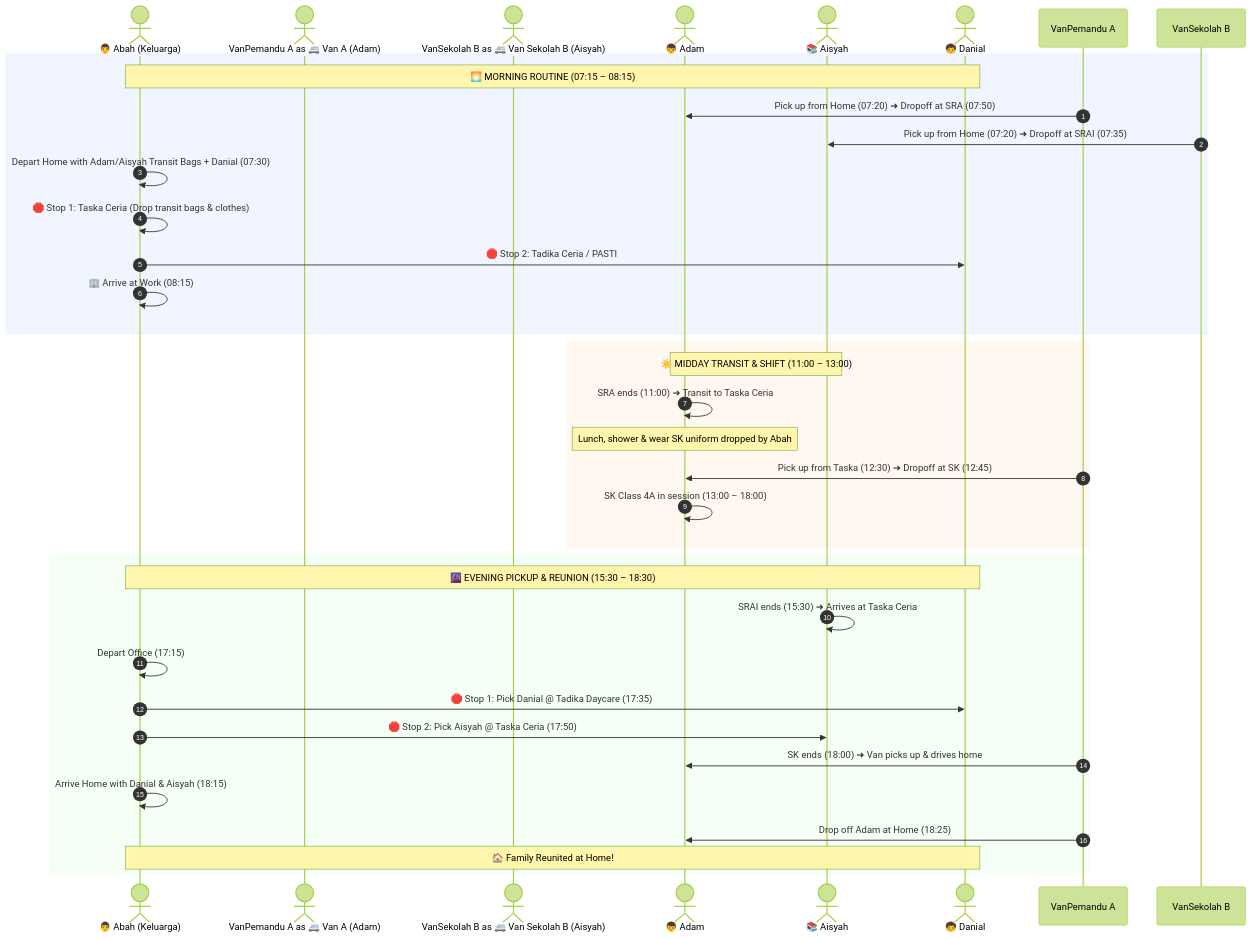
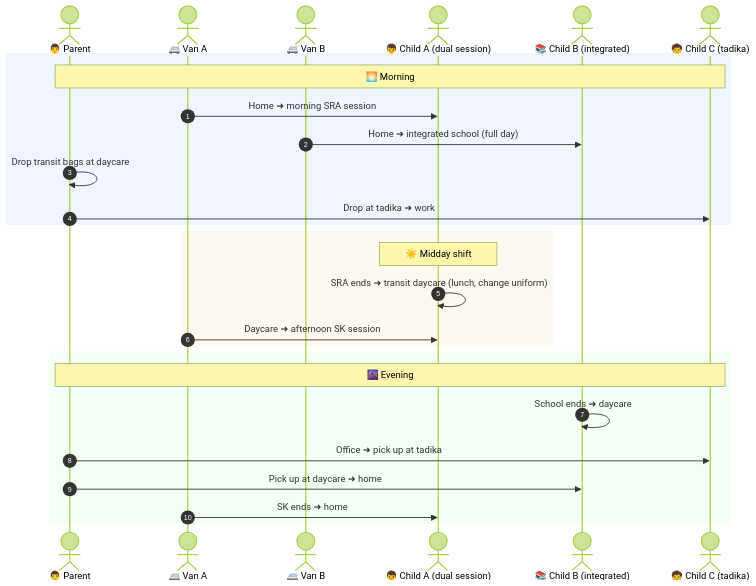
The second of 3 diagrams in MASTER_DOCUMENTATION.md (manaphassan/Slotify), drawn with Mermaid (forest theme) before and after one commit. The commit also changed other lines of this file and 60 other files, not shown here.

````diff
--- a/MASTER_DOCUMENTATION.md
+++ b/MASTER_DOCUMENTATION.md
@@ -108,40 +121,32 @@
 ```mermaid
 sequenceDiagram
     autonumber
-    actor Abah as 👨 Abah (Keluarga)
-    actor VanPemandu A as 🚐 Van A (Adam)
-    actor VanSekolah B as 🚐 Van Sekolah B (Aisyah)
-    actor Adam as 👦 Adam
-    actor Aisyah as 📚 Aisyah
-    actor Danial as 🧒 Danial
+    actor Parent as 👨 Parent
+    actor VanA as 🚐 Van A
+    actor VanB as 🚐 Van B
+    actor ChildA as 👦 Child A (dual session)
+    actor ChildB as 📚 Child B (integrated)
+    actor ChildC as 🧒 Child C (tadika)
 
     rect rgb(240, 245, 255)
-    Note over Abah,Danial: 🌅 MORNING ROUTINE (07:15 – 08:15)
-    VanPemandu A->>Adam: Pick up from Home (07:20) ➜ Dropoff at SRA (07:50)
-    VanSekolah B->>Aisyah: Pick up from Home (07:20) ➜ Dropoff at SRAI (07:35)
-    Abah->>Abah: Depart Home with Adam/Aisyah Transit Bags + Danial (07:30)
-    Abah->>Abah: 🛑 Stop 1: Taska Ceria (Drop transit bags & clothes)
-    Abah->>Danial: 🛑 Stop 2: Tadika Ceria / PASTI
-    Abah->>Abah: 🏢 Arrive at Work (08:15)
+    Note over Parent,ChildC: 🌅 Morning
+    VanA->>ChildA: Home ➜ morning SRA session
+    VanB->>ChildB: Home ➜ integrated school (full day)
+    Parent->>Parent: Drop transit bags at daycare
+    Parent->>ChildC: Drop at tadika ➜ work
     end
 
     rect rgb(255, 248, 240)
-    Note over Adam,Aisyah: ☀️ MIDDAY TRANSIT & SHIFT (11:00 – 13:00)
-    Adam->>Adam: SRA ends (11:00) ➜ Transit to Taska Ceria
-    Note over Adam: Lunch, shower & wear SK uniform dropped by Abah
-    VanPemandu A->>Adam: Pick up from Taska (12:30) ➜ Dropoff at SK (12:45)
-    Adam->>Adam: SK Class 4A in session (13:00 – 18:00)
+    Note over ChildA: ☀️ Midday shift
+    ChildA->>ChildA: SRA ends ➜ transit daycare (lunch, change uniform)
+    VanA->>ChildA: Daycare ➜ afternoon SK session
     end
 
     rect rgb(245, 255, 245)
-    Note over Abah,Danial: 🌆 EVENING PICKUP & REUNION (15:30 – 18:30)
-    Aisyah->>Aisyah: SRAI ends (15:30) ➜ Arrives at Taska Ceria
-    Abah->>Abah: Depart Office (17:15)
-    Abah->>Danial: 🛑 Stop 1: Pick Danial @ Tadika Daycare (17:35)
-    Abah->>Aisyah: 🛑 Stop 2: Pick Aisyah @ Taska Ceria (17:50)
-    VanPemandu A->>Adam: SK ends (18:00) ➜ Van picks up & drives home
-    Abah->>Abah: Arrive Home with Danial & Aisyah (18:15)
-    VanPemandu A->>Adam: Drop off Adam at Home (18:25)
-    Note over Abah,Danial: 🏠 Family Reunited at Home!
+    Note over Parent,ChildC: 🌆 Evening
+    ChildB->>ChildB: School ends ➜ daycare
+    Parent->>ChildC: Office ➜ pick up at tadika
+    Parent->>ChildB: Pick up at daycare ➜ home
+    VanA->>ChildA: SK ends ➜ home
     end
 ```
````
